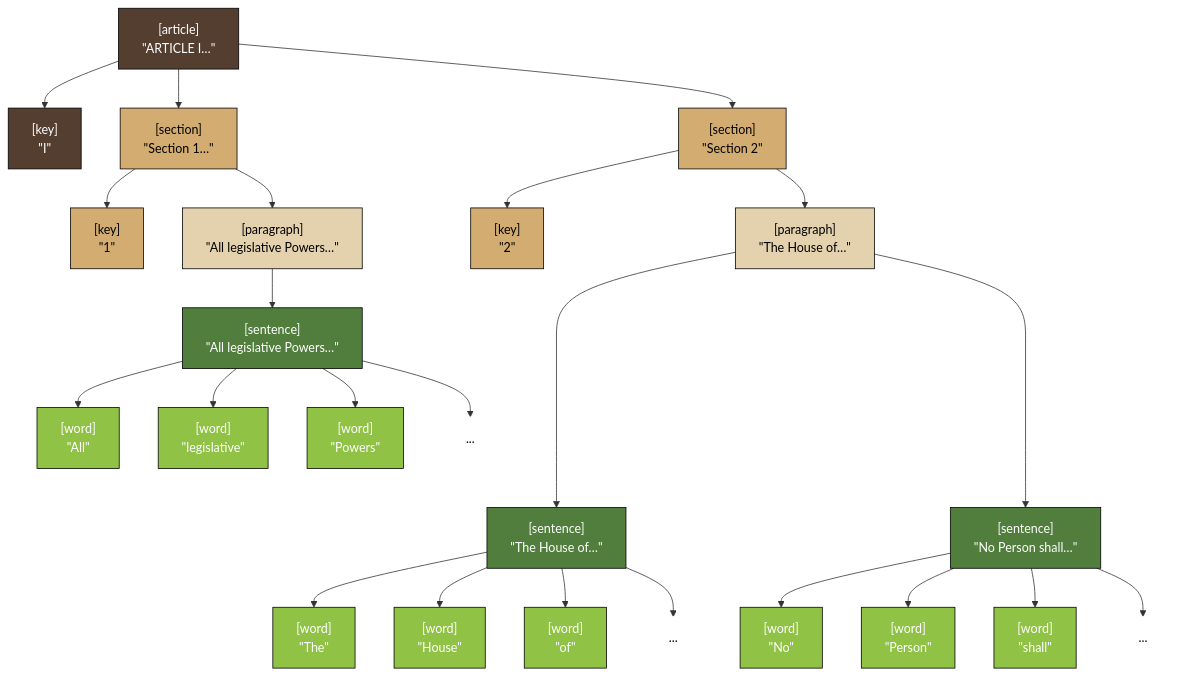
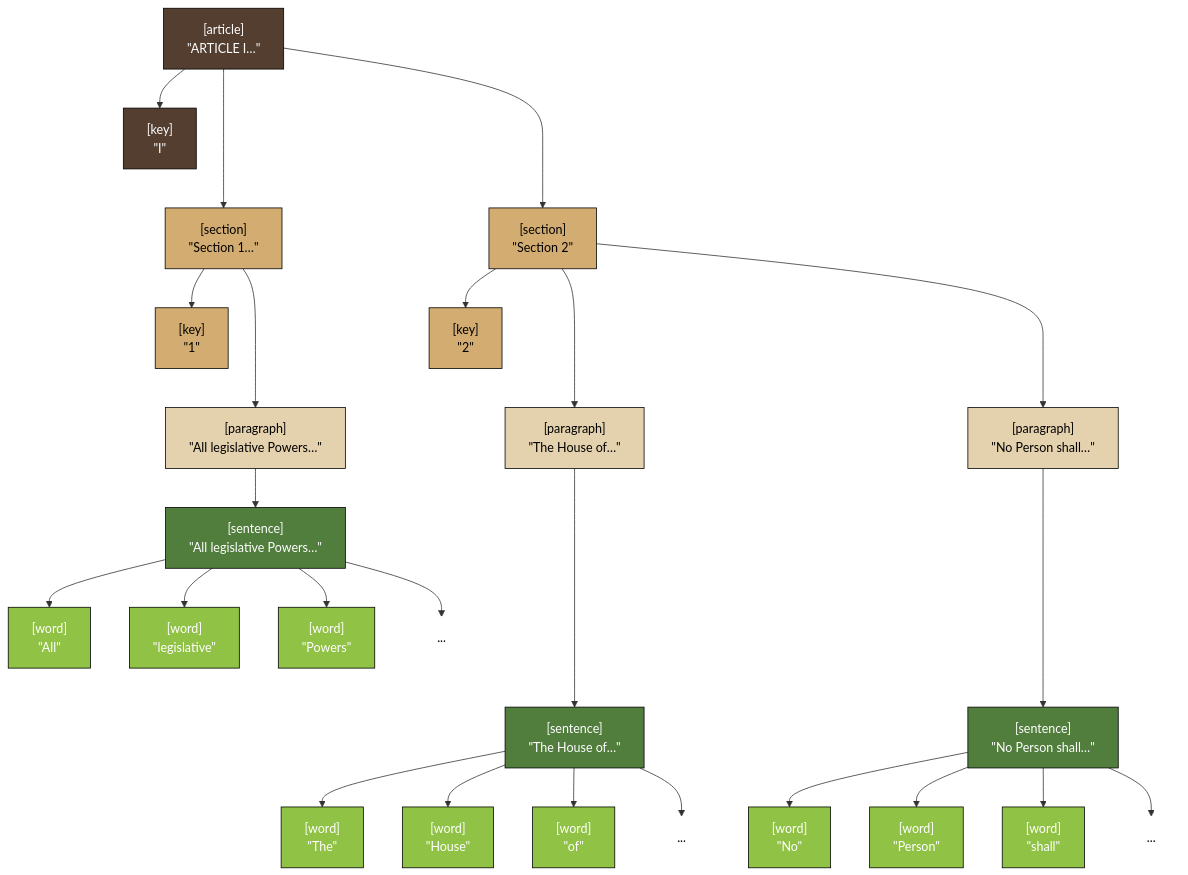
One commit to rlayers/pawpaw changed the diagram in README.md. Above: the diagram before and after it, drawn with Mermaid.

Commit message:
Better constitution layout

````diff
--- a/README.md
+++ b/README.md
@@ -83,34 +83,36 @@
 ```mermaid
 graph TD;
     A1["[article]<br/>#quot;ARTICLE I…#quot;"]:::article --> A1_k["[key]<br/>#quot;I#quot;"]:::article;
-    A1-->Sc1["[section]<br/>#quot;Section 1…#quot;"]:::section;
+    A1--->Sc1["[section]<br/>#quot;Section 1…#quot;"]:::section;
     Sc1-->Sc1_k["[key]<br/>#quot;1#quot;"]:::section
-    Sc1-->Sc1_p1["[paragraph]<br/>#quot;All legislative Powers…#quot;"]:::paragraph
+    Sc1--->Sc1_p1["[paragraph]<br/>#quot;All legislative Powers…#quot;"]:::paragraph
     Sc1_p1-->Sc1_p1_s1["[sentence]<br/>#quot;All legislative Powers…#quot;"]:::sentence
     Sc1_p1_s1-->Sc1_p1_s1_w1["[word]<br/>#quot;All#quot;"]:::word
     Sc1_p1_s1-->Sc1_p1_s1_w2["[word]<br/>#quot;legislative#quot;"]:::word
     Sc1_p1_s1-->Sc1_p1_s1_w3["[word]<br/>#quot;Powers#quot;"]:::word
     Sc1_p1_s1-->Sc1_p1_s1_w4["..."]:::ellipsis
     
-    A1-->Sc2["[section]<br/>#quot;Section 2#quot;"]:::section;
+    A1--->Sc2["[section]<br/>#quot;Section 2#quot;"]:::section;
     Sc2-->Sc2_k["[key]<br/>#quot;2#quot;"]:::section
-    Sc2-->Sc2_p1["[paragraph]<br/>#quot;The House of…#quot;"]:::paragraph
+    Sc2--->Sc2_p1["[paragraph]<br/>#quot;The House of…#quot;"]:::paragraph
     Sc2_p1---->Sc2_p1_s1["[sentence]<br/>#quot;The House of…#quot;"]:::sentence
     Sc2_p1_s1-->Sc2_p1_s1_w1["[word]<br/>#quot;The#quot;"]:::word
     Sc2_p1_s1-->Sc2_p1_s1_w2["[word]<br/>#quot;House#quot;"]:::word
     Sc2_p1_s1-->Sc2_p1_s1_w3["[word]<br/>#quot;of#quot;"]:::word
     Sc2_p1_s1-->Sc2_p1_s1_w4["..."]:::ellipsis
-    Sc2_p1---->Sc2_p1_s2["[sentence]<br/>#quot;No Person shall…#quot;"]:::sentence
-    Sc2_p1_s2-->Sc2_p1_s2_w1["[word]<br/>#quot;No#quot;"]:::word
-    Sc2_p1_s2-->Sc2_p1_s2_w2["[word]<br/>#quot;Person#quot;"]:::word
-    Sc2_p1_s2-->Sc2_p1_s2_w3["[word]<br/>#quot;shall#quot;"]:::word
-    Sc2_p1_s2-->Sc2_p1_s2_w4["..."]:::ellipsis
+    Sc2--->Sc2_p2["[paragraph]<br/>#quot;No Person shall…#quot;"]:::paragraph
+    Sc2_p2---->Sc2_p2_s1["[sentence]<br/>#quot;No Person shall…#quot;"]:::sentence
+    Sc2_p2_s1-->Sc2_p2_s1_w1["[word]<br/>#quot;No#quot;"]:::word
+    Sc2_p2_s1-->Sc2_p2_s1_w2["[word]<br/>#quot;Person#quot;"]:::word
+    Sc2_p2_s1-->Sc2_p2_s1_w3["[word]<br/>#quot;shall#quot;"]:::word
+    Sc2_p2_s1-->Sc2_p2_s1_w4["..."]:::ellipsis
+    
     
     classDef article fill:#533E30,stroke:#000000,color:#FFFFFF;
     classDef key fill:#533E30,stroke:#000000,color:#FFFFFF;
     classDef section fill:#D2AC70,stroke:#000000,color:#000000;
     classDef paragraph fill:#E4D1AE,stroke:#000000,color:#000000;
     classDef sentence fill:#517D3D,stroke:#000000,color:#FFFFFF;
     classDef word fill:#90C246,stroke:#000000,color:#FFFFFF;
     classDef ellipsis fill:#FFFFFF,stroke:#FFFFFF,color:#000000;
 ```
````
